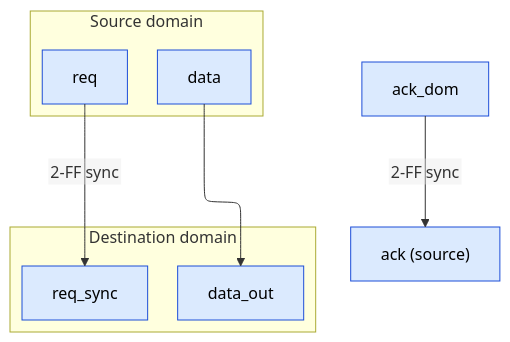
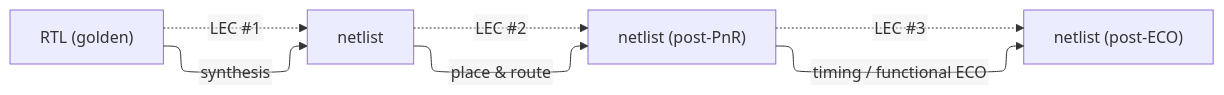
Before and after one commit to Wty2003328/silicon-design-notebook: the second of 2 diagrams in 03_Frontend_RTL_and_Verification/12_Formal_Verification.md, drawn with Mermaid. The commit also changed other lines of this file and 22 other files, not shown here.

Commit message:
Concept-first hard rework complete: all 48 architecture/design pages (trimmed signal dumps; added trade-off analysis + theoretical depth)

````diff
--- a/03_Frontend_RTL_and_Verification/12_Formal_Verification.md
+++ b/03_Frontend_RTL_and_Verification/12_Formal_Verification.md
@@ -1128,17 +187,10 @@
 ```mermaid
-%%{init: {"flowchart": {"defaultRenderer": "elk", "nodeSpacing": 60, "rankSpacing": 60, "htmlLabels": false}}}%%
-flowchart TD
-    subgraph src["Source domain"]
-        REQ["req"]
-        DATA["data"]
-    end
-    subgraph dst["Destination domain"]
-        RS["req_sync"]
-        DO["data_out"]
-    end
-    DATA --> DO
-    REQ -->|2-FF sync| RS
-    ACKD["ack_dom"] -->|2-FF sync| ACKS["ack (source)"]
-    classDef s fill:#dbeafe,stroke:#1d4ed8,color:#000
-    class REQ,DATA,RS,DO,ACKD,ACKS s
+%%{init: {"flowchart": {"defaultRenderer": "elk", "nodeSpacing": 50, "rankSpacing": 45, "htmlLabels": false}}}%%
+flowchart LR
+    RTL["RTL (golden)"] -->|synthesis| N1["netlist"]
+    N1 -->|place & route| N2["netlist (post-PnR)"]
+    N2 -->|timing / functional ECO| N3["netlist (post-ECO)"]
+    RTL -. "LEC #1" .-> N1
+    N1 -. "LEC #2" .-> N2
+    N2 -. "LEC #3" .-> N3
 ```
````
